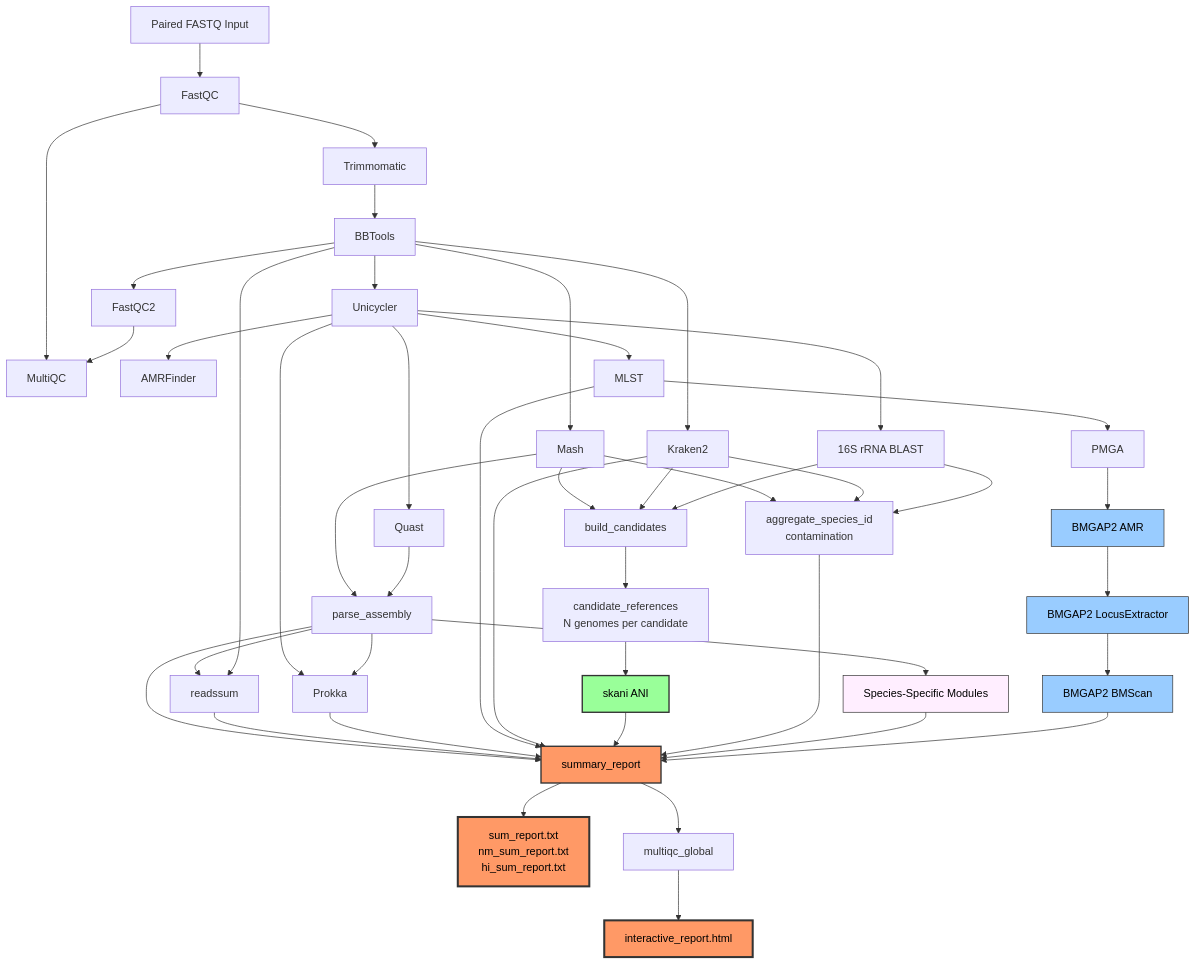
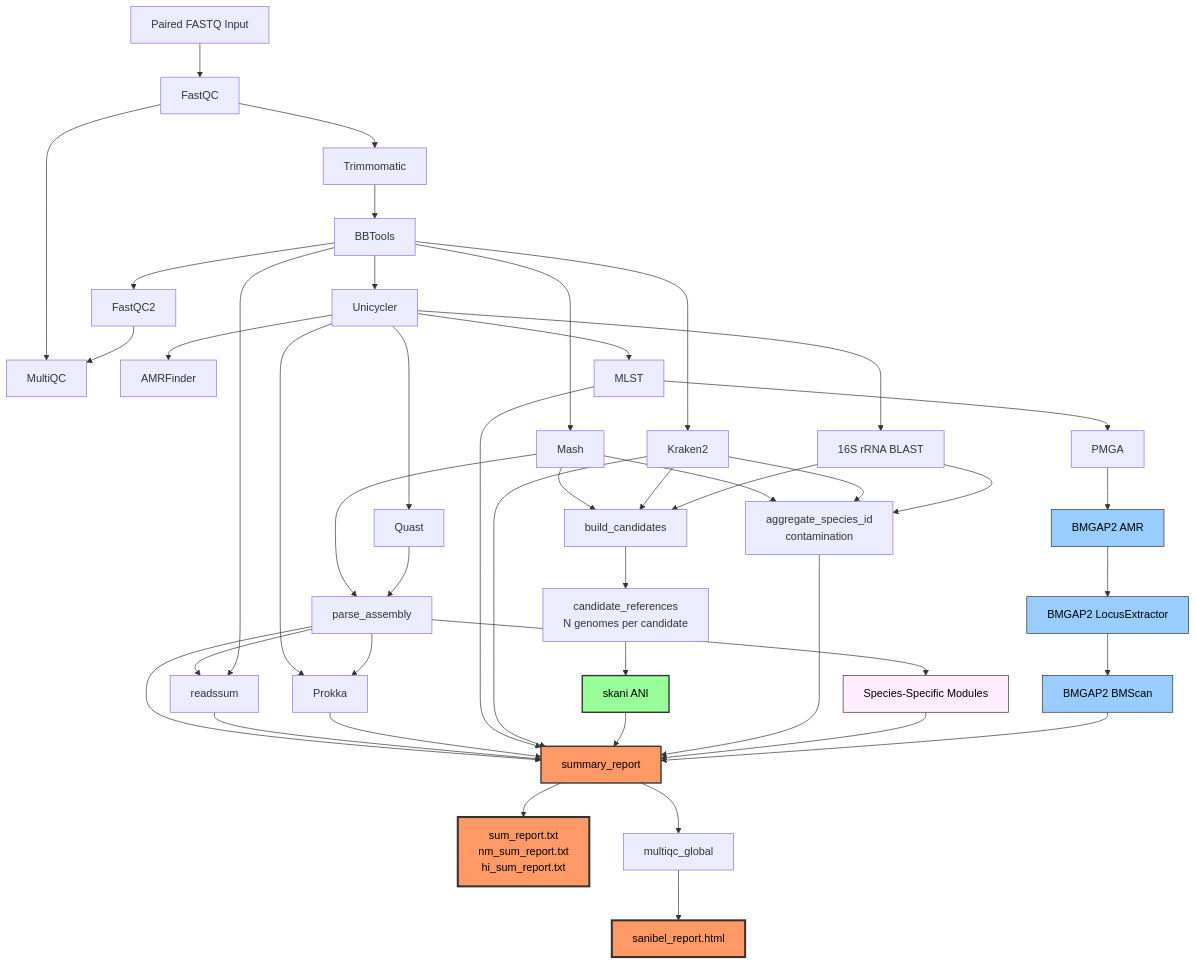
Before and after one commit to BPHL-Molecular/Sanibel: the diagram in README.md, drawn with Mermaid. The commit also changed 5 other files, not shown here.

First line of the commit message:
Restructure the MultiQC report, fix the logo, rename to sanibel_report.html

````diff
--- a/README.md
+++ b/README.md
@@ -120,64 +120,64 @@
 ```mermaid
 flowchart TD
     A[Paired FASTQ Input] --> B[FastQC]
     B --> C[Trimmomatic]
     C --> D[BBTools]
     D --> E[FastQC2]
     B --> F[MultiQC]
     E --> F
 
     D --> G[Mash]
     D --> H[Unicycler]
     D --> I[Kraken2]
 
     H --> J[Quast]
     H --> K[AMRFinder]
     H --> L[MLST]
     H --> M[Prokka]
     H --> W[16S rRNA BLAST]
 
     G --> O[parse_assembly]
     J --> O
     O --> M
     O --> P[readssum]
     D --> P
 
     %% Species ID: candidate pool to multi-reference skani ANI
     G --> CP[build_candidates]
     I --> CP
     W --> CP
     CP --> RR[candidate_references<br/>N genomes per candidate]
     RR --> SK[skani ANI]
 
     G --> AG[aggregate_species_id<br/>contamination]
     I --> AG
     W --> AG
 
     O --> SP[Species-Specific Modules]
     L --> NM[PMGA]
     NM --> S[BMGAP2 AMR]
     S --> T[BMGAP2 LocusExtractor]
     T --> U[BMGAP2 BMScan]
 
     O --> X[summary_report]
     P --> X
     M --> X
     L --> X
     I --> X
     SK --> X
     AG --> X
     SP --> X
     U --> X
 
     X --> Y[sum_report.txt<br/>nm_sum_report.txt<br/>hi_sum_report.txt]
-    X --> MG[multiqc_global] --> IR[interactive_report.html]
+    X --> MG[multiqc_global] --> IR[sanibel_report.html]
 
     style SP fill:#fef,stroke:#333,color:#000
     style SK fill:#9f9,stroke:#333,stroke-width:2px,color:#000
     style S fill:#9cf,stroke:#333,color:#000
     style T fill:#9cf,stroke:#333,color:#000
     style U fill:#9cf,stroke:#333,color:#000
     style X fill:#f96,stroke:#333,stroke-width:2px,color:#000
     style Y fill:#f96,stroke:#333,stroke-width:3px,color:#000
     style IR fill:#f96,stroke:#333,stroke-width:3px,color:#000
 ```
````
